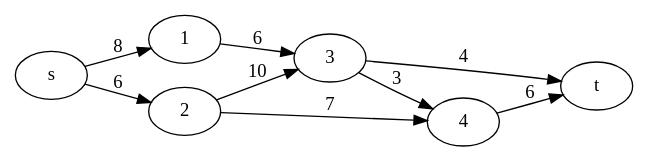
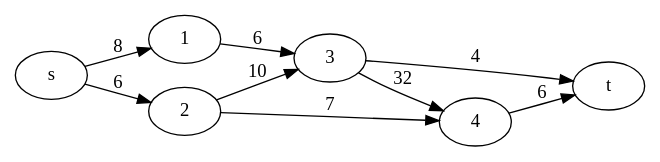
One commit to Pafnaffan/Graph-projet-1 changed the diagram in flowtest.gv. Above: the diagram before and after it, drawn with Graphviz. The commit also changed 3 other files, not shown here.

```diff
--- a/flowtest.gv
+++ b/flowtest.gv
@@ -1,11 +1,11 @@
 digraph flowNetwork {
     rankdir="LR"
     s->1 [label=8,len=8]
     s->2 [label=6,len=6]
     1->3 [label=6,len=6]
     2->3 [label=10,len=10]
     2->4 [label=7,len=7]
-    3->4 [label=3,len=3]
+    3->4 [label=32,len=32]
     3->t [label=4,len=4]
     4->t [label=6,len=6]
 }
```
